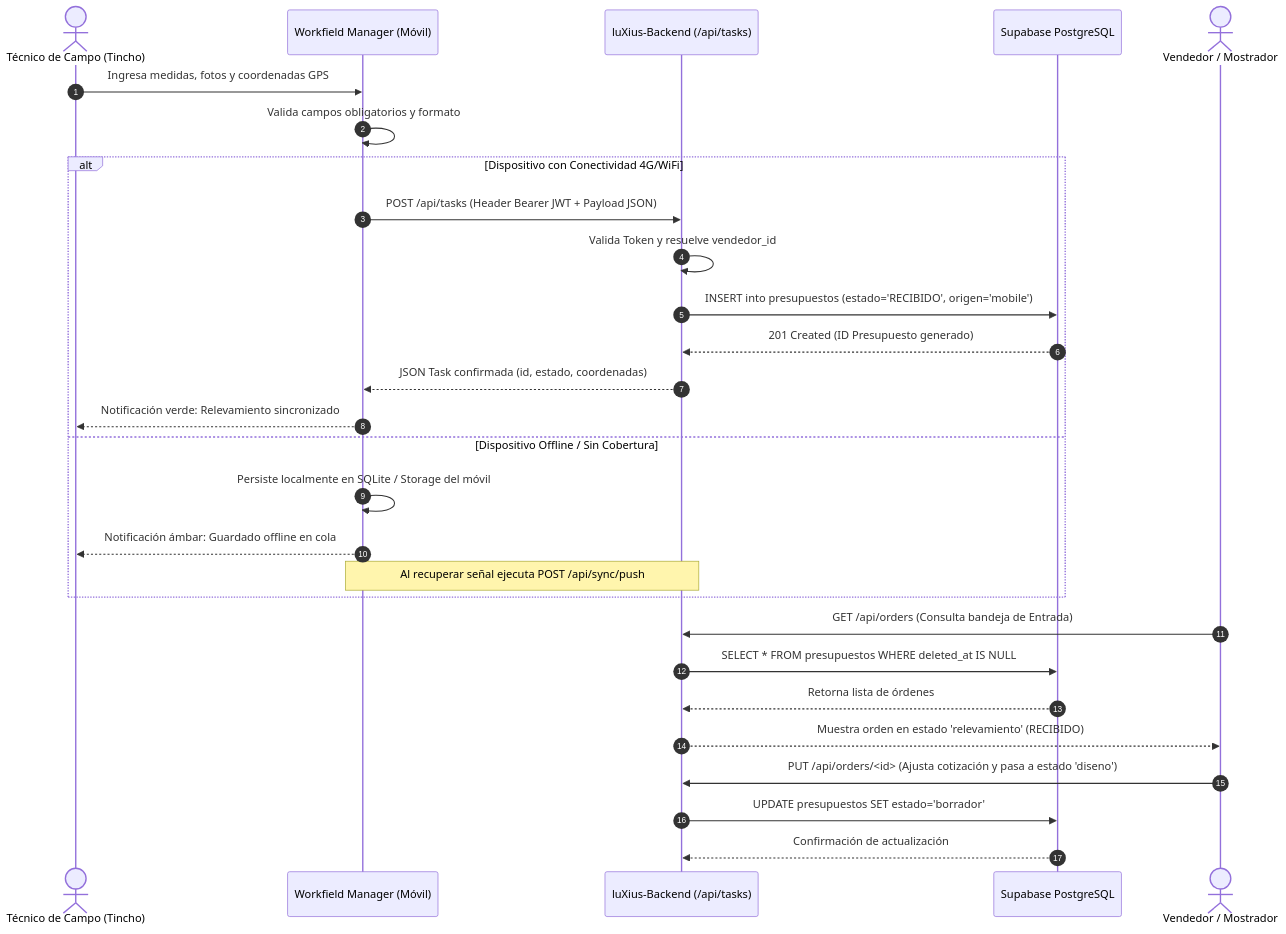
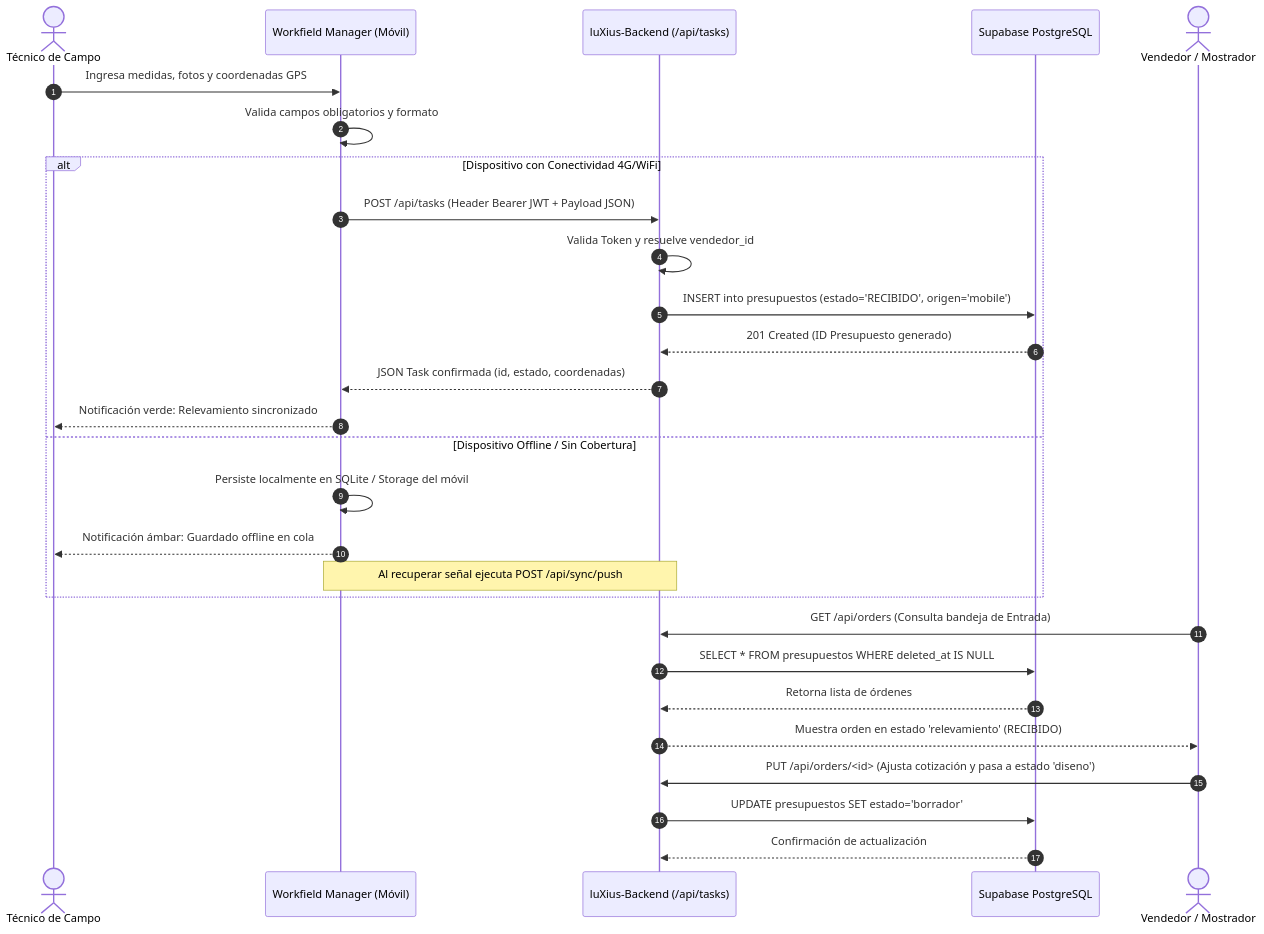
One commit to xignuxdis-eng/luxius-panel changed the first of 6 diagrams in docs/manual_operaciones_erp.md. Above: the diagram before and after it, drawn with Mermaid. The commit also changed other lines of this file and 12 other files, not shown here.

````diff
--- a/docs/manual_operaciones_erp.md
+++ b/docs/manual_operaciones_erp.md
@@ -193,32 +197,32 @@
 ```mermaid
 sequenceDiagram
     autonumber
-    actor T as Técnico de Campo (Tincho)
+    actor T as Técnico de Campo
     participant APP as Workfield Manager (Móvil)
     participant API as luXius-Backend (/api/tasks)
     participant DB as Supabase PostgreSQL
     actor V as Vendedor / Mostrador
 
     T->>APP: Ingresa medidas, fotos y coordenadas GPS
     APP->>APP: Valida campos obligatorios y formato
     alt Dispositivo con Conectividad 4G/WiFi
         APP->>API: POST /api/tasks (Header Bearer JWT + Payload JSON)
         API->>API: Valida Token y resuelve vendedor_id
         API->>DB: INSERT into presupuestos (estado='RECIBIDO', origen='mobile')
         DB-->>API: 201 Created (ID Presupuesto generado)
         API-->>APP: JSON Task confirmada (id, estado, coordenadas)
         APP-->>T: Notificación verde: Relevamiento sincronizado
     else Dispositivo Offline / Sin Cobertura
         APP->>APP: Persiste localmente en SQLite / Storage del móvil
         APP-->>T: Notificación ámbar: Guardado offline en cola
         Note over APP,API: Al recuperar señal ejecuta POST /api/sync/push
     end
     
     V->>API: GET /api/orders (Consulta bandeja de Entrada)
     API->>DB: SELECT * FROM presupuestos WHERE deleted_at IS NULL
     DB-->>API: Retorna lista de órdenes
     API-->>V: Muestra orden en estado 'relevamiento' (RECIBIDO)
     V->>API: PUT /api/orders/<id> (Ajusta cotización y pasa a estado 'diseno')
     API->>DB: UPDATE presupuestos SET estado='borrador'
     DB-->>API: Confirmación de actualización
 ```
````
